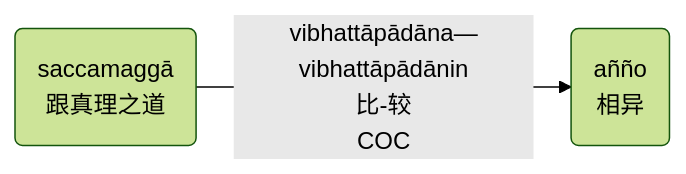
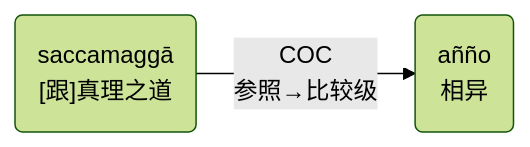
The second of 2 diagrams in src/basic-relation/abl/abl-coc.md (iapt-platform/pali-handbook), drawn with Mermaid (forest theme) before and after one commit. The commit also changed other lines of this file and 28 other files, not shown here.

```diff
--- a/src/basic-relation/abl/abl-coc.md
+++ b/src/basic-relation/abl/abl-coc.md
@@ -19,4 +19,4 @@
 <div class="mermaid">
-graph LR;
-A(saccamaggā<br>跟真理之道)--"vibhattāpādāna—vibhattāpādānin<br>比-较<br>COC"-->B(añño<br>相异);
+flowchart LR;
+A("saccamaggā<br>[跟]真理之道")--"COC<br>参照→比较级"-->B(añño<br>相异);
 </div>
```
